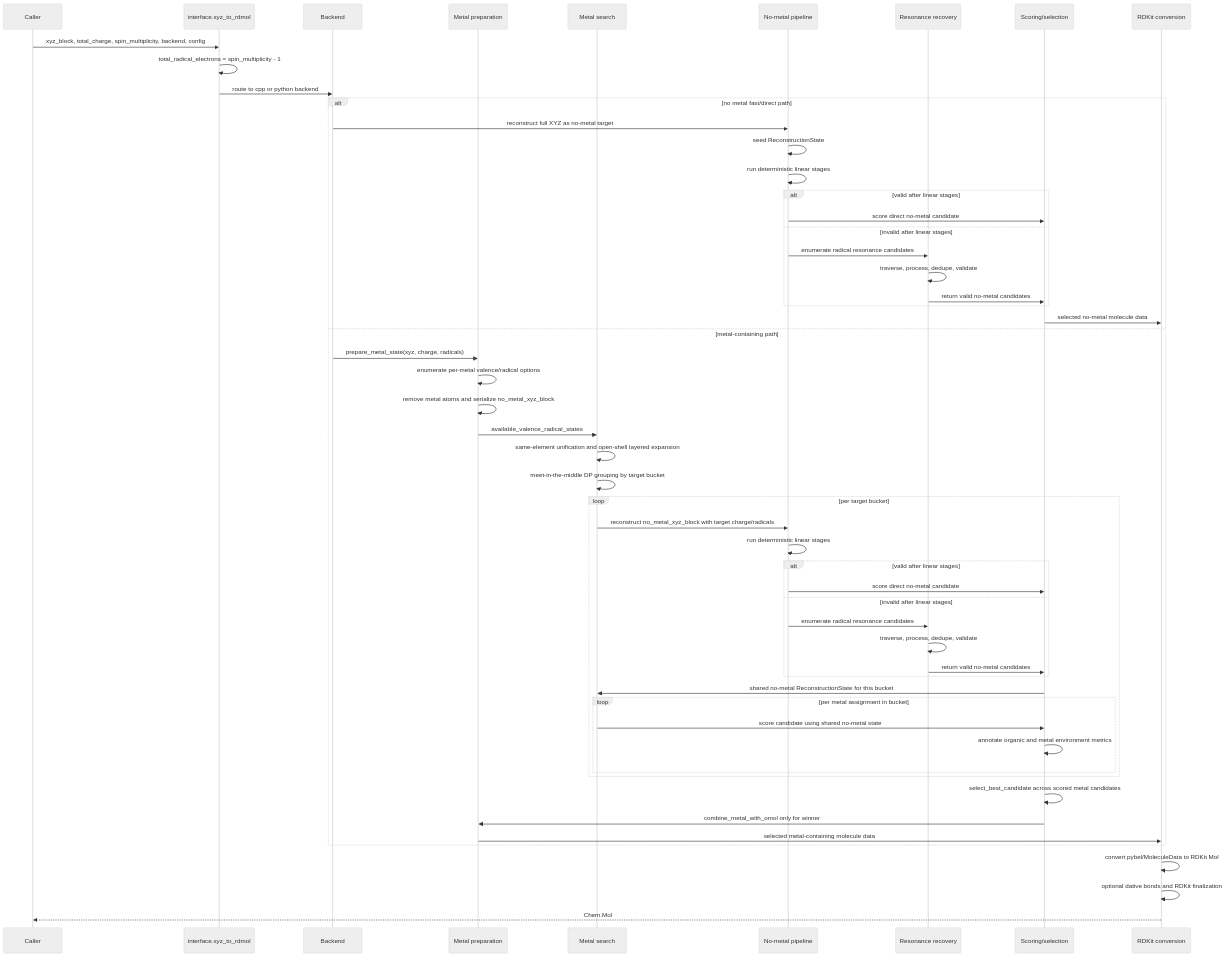
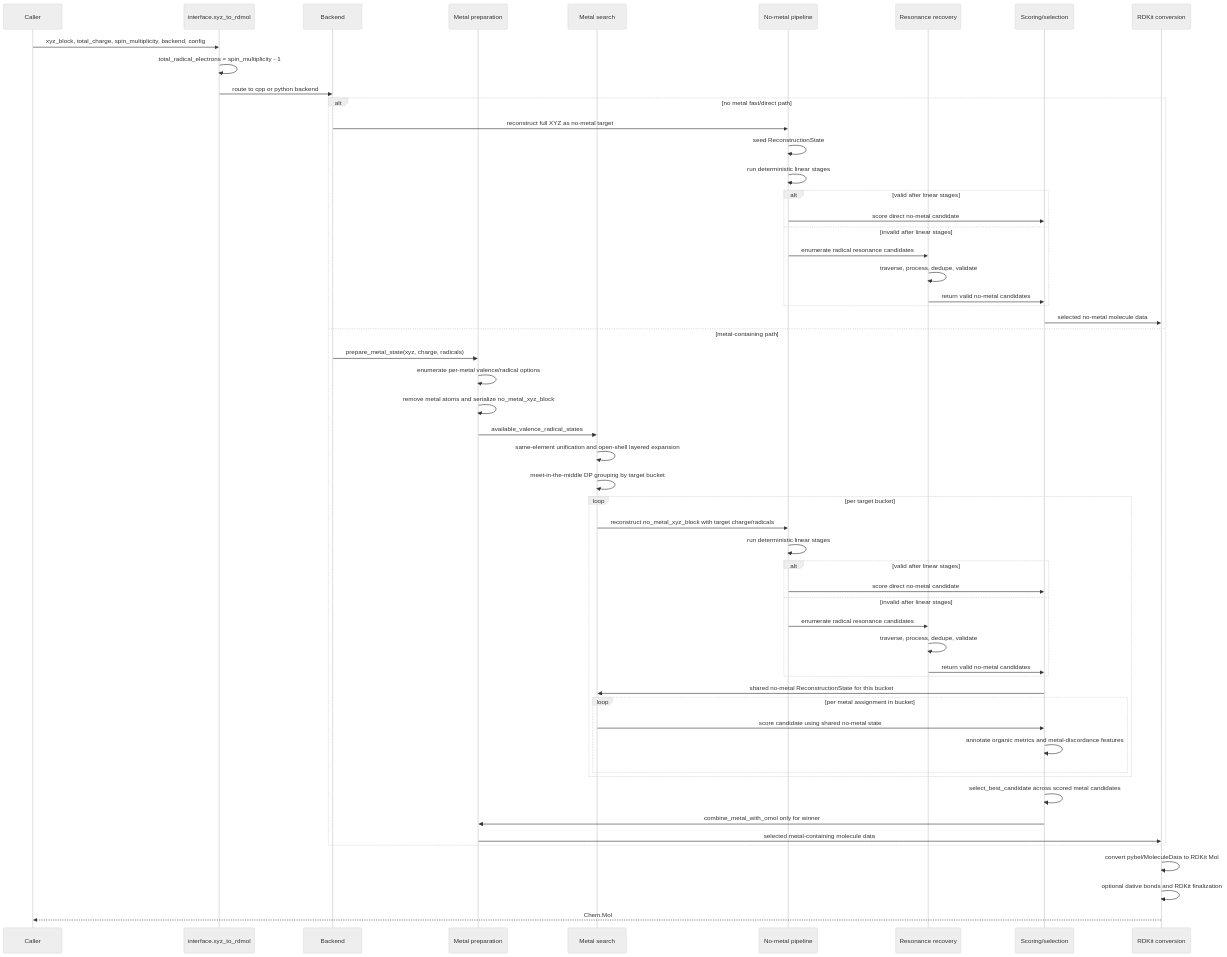
The second of 2 diagrams in docs/architecture/ALGORITHM_ARCHITECTURE.md (Hyperbolica-dev/MolGR), drawn with Mermaid (neutral theme) before and after one commit. The commit also changed other lines of this file and 18 other files, not shown here.

````diff
--- a/docs/architecture/ALGORITHM_ARCHITECTURE.md
+++ b/docs/architecture/ALGORITHM_ARCHITECTURE.md
@@ -130,60 +130,60 @@
 ```mermaid
 sequenceDiagram
     participant User as Caller
     participant IF as interface.xyz_to_rdmol
     participant BE as Backend
     participant MP as Metal preparation
     participant MS as Metal search
     participant NM as No-metal pipeline
     participant RS as Resonance recovery
     participant SC as Scoring/selection
     participant CV as RDKit conversion
 
     User->>IF: xyz_block, total_charge, spin_multiplicity, backend, config
     IF->>IF: total_radical_electrons = spin_multiplicity - 1
     IF->>BE: route to cpp or python backend
 
     alt no metal fast/direct path
         BE->>NM: reconstruct full XYZ as no-metal target
         NM->>NM: seed ReconstructionState
         NM->>NM: run deterministic linear stages
         alt valid after linear stages
             NM->>SC: score direct no-metal candidate
         else invalid after linear stages
             NM->>RS: enumerate radical resonance candidates
             RS->>RS: traverse, process, dedupe, validate
             RS->>SC: return valid no-metal candidates
         end
         SC->>CV: selected no-metal molecule data
     else metal-containing path
         BE->>MP: prepare_metal_state(xyz, charge, radicals)
         MP->>MP: enumerate per-metal valence/radical options
         MP->>MP: remove metal atoms and serialize no_metal_xyz_block
         MP->>MS: available_valence_radical_states
         MS->>MS: same-element unification and open-shell layered expansion
         MS->>MS: meet-in-the-middle DP grouping by target bucket
         loop per target bucket
             MS->>NM: reconstruct no_metal_xyz_block with target charge/radicals
             NM->>NM: run deterministic linear stages
             alt valid after linear stages
                 NM->>SC: score direct no-metal candidate
             else invalid after linear stages
                 NM->>RS: enumerate radical resonance candidates
                 RS->>RS: traverse, process, dedupe, validate
                 RS->>SC: return valid no-metal candidates
             end
             SC->>MS: shared no-metal ReconstructionState for this bucket
             loop per metal assignment in bucket
                 MS->>SC: score candidate using shared no-metal state
-                SC->>SC: annotate organic and metal environment metrics
+                SC->>SC: annotate organic metrics and metal-discordance features
             end
         end
         SC->>SC: select_best_candidate across scored metal candidates
         SC->>MP: combine_metal_with_omol only for winner
         MP->>CV: selected metal-containing molecule data
     end
 
     CV->>CV: convert pybel/MoleculeData to RDKit Mol
     CV->>CV: optional dative bonds and RDKit finalization
     CV-->>User: Chem.Mol
 ```
````
